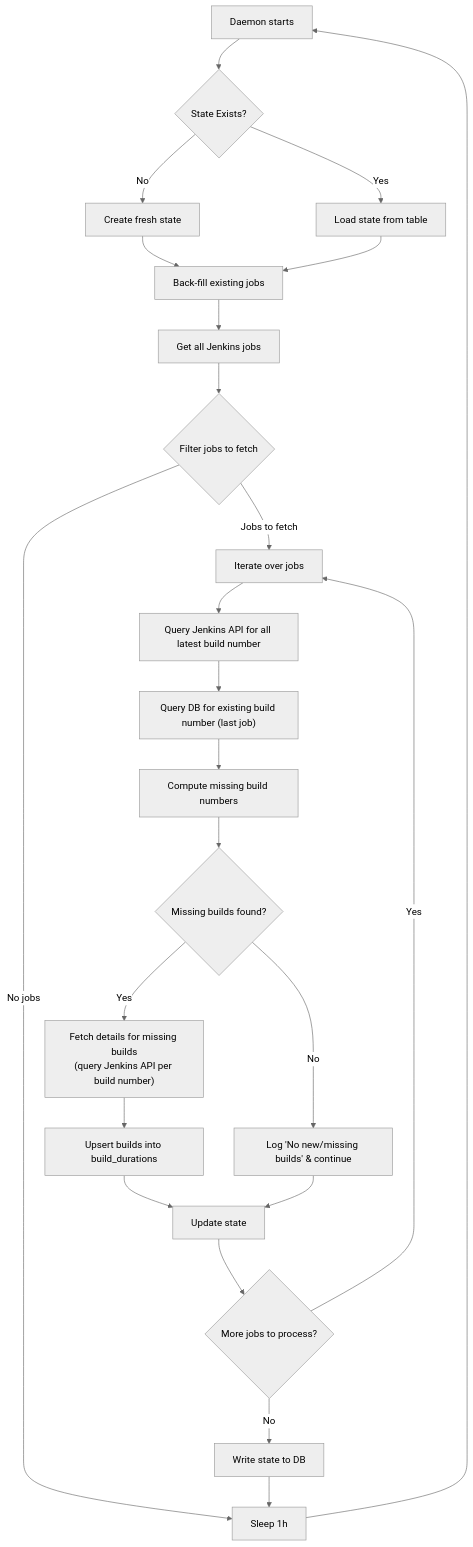
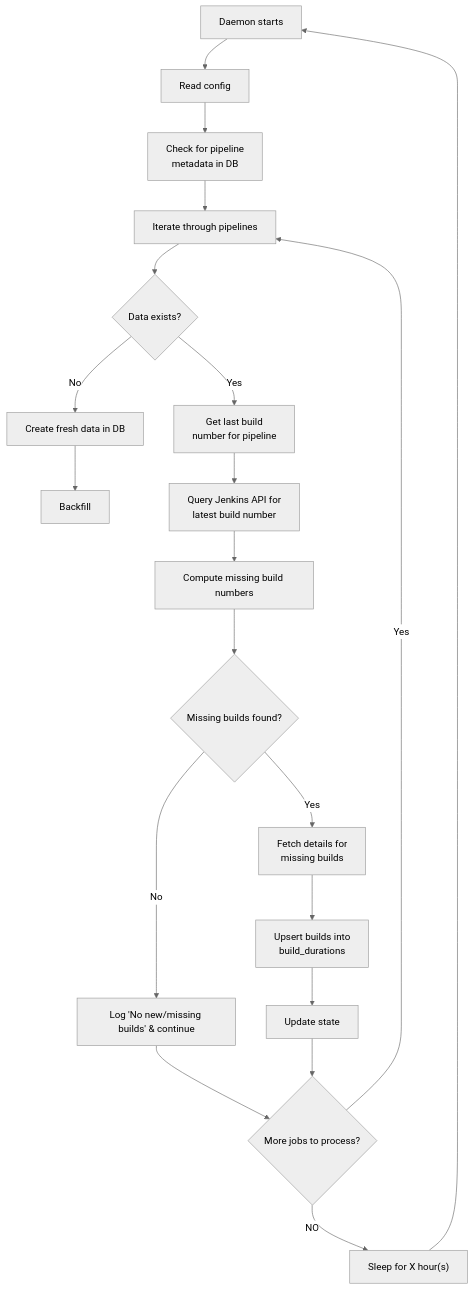
One commit to neelabalan/playground changed the diagram in jenkins_observability/README.md. Above: the diagram before and after it, drawn with Mermaid (neutral theme).

Commit message:
Better Jenkins daemon flowchart

````diff
--- a/jenkins_observability/README.md
+++ b/jenkins_observability/README.md
@@ -39,36 +39,26 @@
 ```mermaid
 flowchart TD
     %% ── 1. Daemon start  ─────────────────────
-    A[Daemon starts] --> B{State Exists?}
-    B -->|No| C["Create fresh state"]
-    B -->|Yes| D["Load state from table"]
-    
-    C --> E["Back-fill existing jobs"]
-    D --> E
-    
-    E --> F["Get all Jenkins jobs"]
-    F --> G{"Filter jobs to fetch"}
-    
-    G -->|Jobs to fetch| H["Iterate over jobs"]
-    G -->|No jobs| Q["Sleep 1h"]
-    
-    H --> I["Query Jenkins API for all latest build number"]
-    I --> J["Query DB for existing build number (last job)"]
-    J --> K["Compute missing build numbers"]
-    
+    A[Daemon starts] --> B["Read config"]
+    B --> C["Check for pipeline <br> metadata in DB"]
+    C --> D["Iterate through pipelines"]
+    D --> E{"Data exists?"}
+    E --> |No| F["Create fresh data in DB"]
+    F --> H["Backfill"]
+    E --> |Yes| G["Get last build <br> number for pipeline"]
+    G --> I["Query Jenkins API for <br> latest build number"]
+    I --> K["Compute missing build numbers"]
     K --> L{"Missing builds found?"}
-    
-    L -->|Yes| M["Fetch details for missing builds<br/>(query Jenkins API per build number)"]
+    L -->|Yes| M["Fetch details for <br> missing builds"]
     L -->|No| N["Log 'No new/missing builds' & continue"]
     
-    M --> O["Upsert builds into build_durations"]
+    M --> O["Upsert builds into <br> build_durations"]
     O --> P["Update state"]
-    N --> P
+    N --> R{"More jobs to process?"}
     
-    P --> R{"More jobs to process?"}
-    R -->|Yes| H
-    R -->|No| S["Write state to DB"]
+    P --> R
+    R --> |Yes| D
+    R --> |NO| Q["Sleep for X hour(s)"]
     
-    S --> Q
     Q --> A
 ```
````
